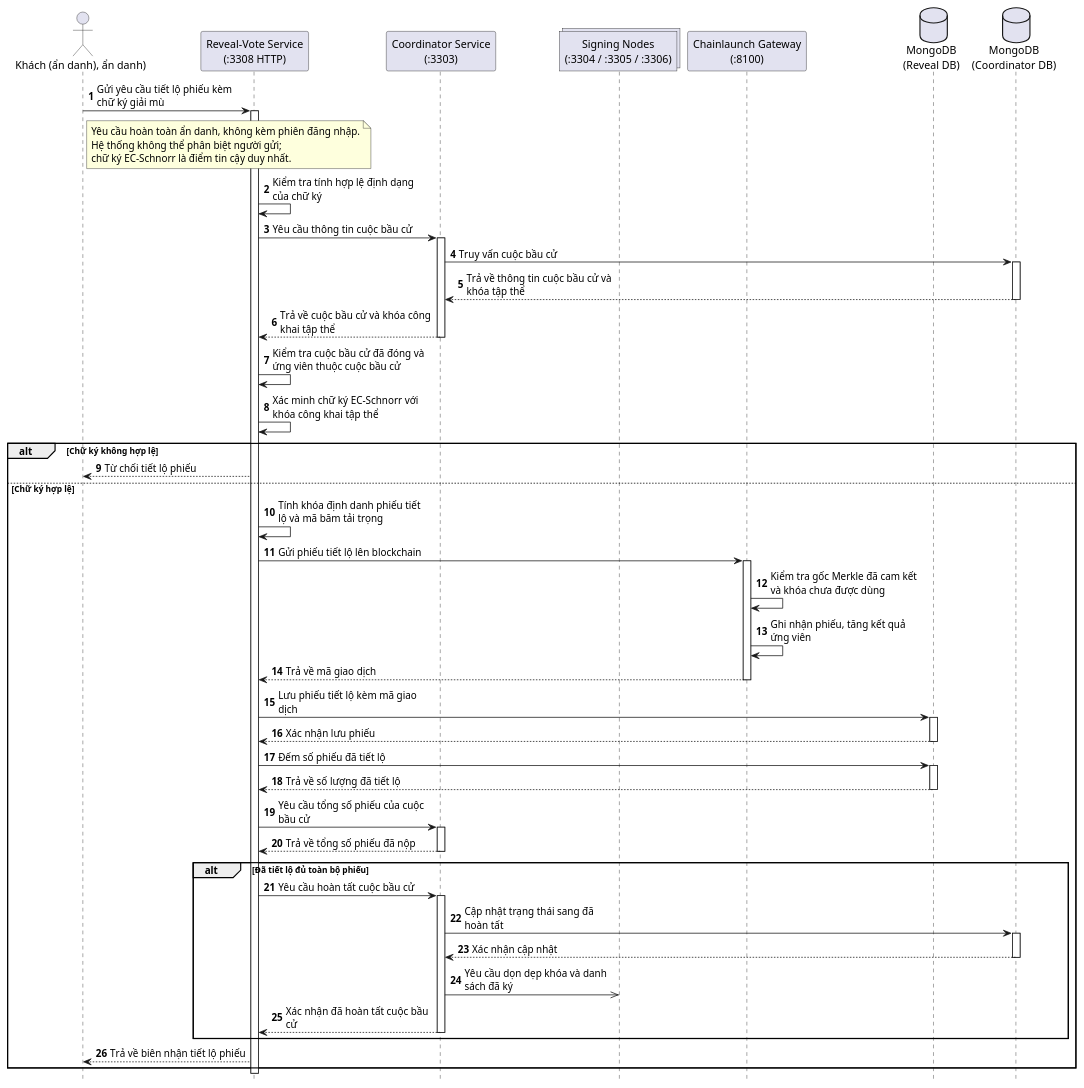
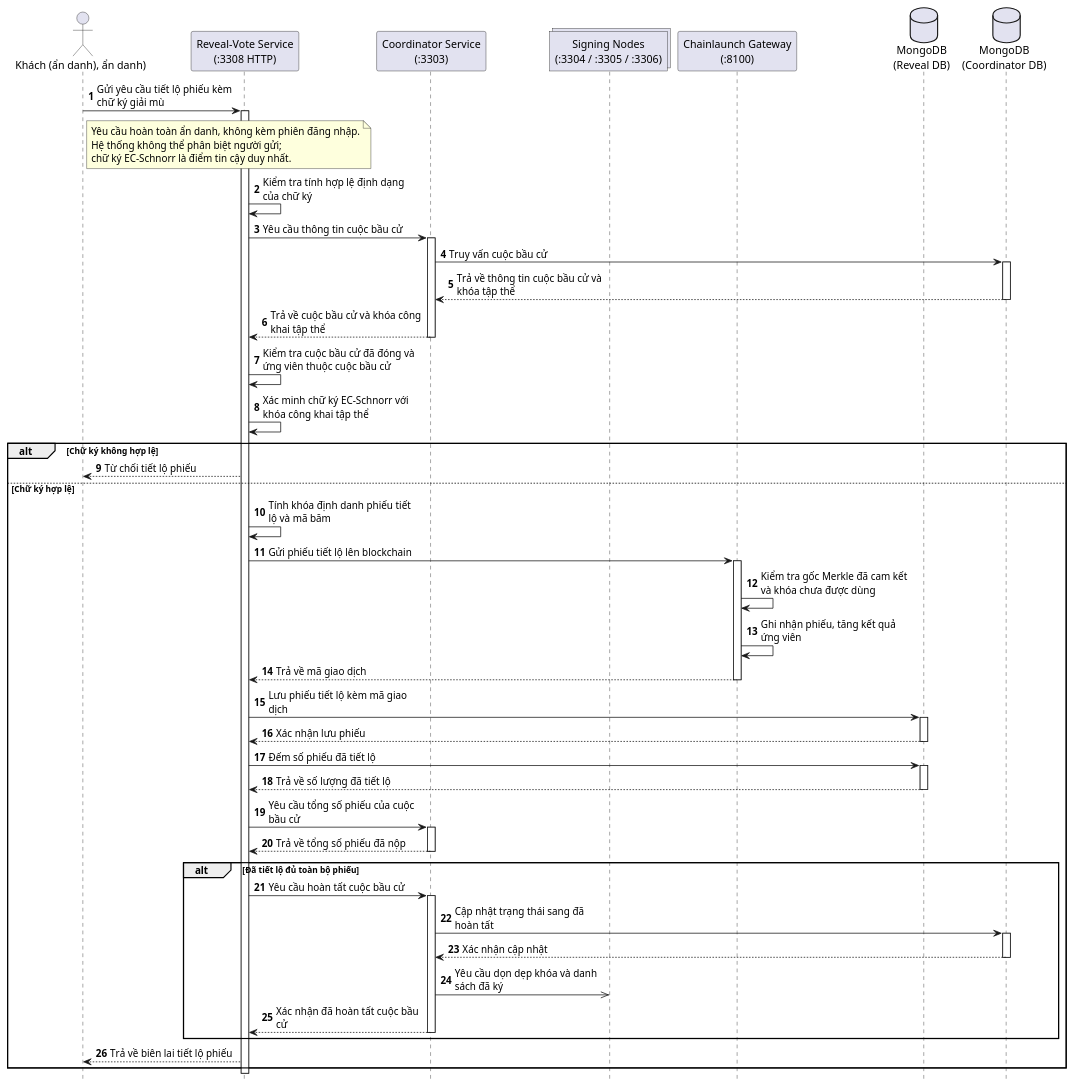
The diagram in PlantUML/Sequence/Tiet-lo-phieu.puml (Tuienn/e-voting-latex), drawn with PlantUML before and after one commit. The commit also changed 39 other files, not shown here.

```diff
--- a/PlantUML/Sequence/Tiet-lo-phieu.puml
+++ b/PlantUML/Sequence/Tiet-lo-phieu.puml
@@ -1,82 +1,82 @@
 @startuml TietLoPhieu
 hide footbox
 autonumber
 skinparam maxMessageSize 200
 
 actor "Khách (ẩn danh), ẩn danh)" as Voter
 participant "Reveal-Vote Service\n(:3308 HTTP)" as Reveal
 participant "Coordinator Service\n(:3303)" as Coordinator
 collections "Signing Nodes\n(:3304 / :3305 / :3306)" as Nodes
 participant "Chainlaunch Gateway\n(:8100)" as Fabric
 database "MongoDB\n(Reveal DB)" as ReDB
 database "MongoDB\n(Coordinator DB)" as CoDB
 
 Voter -> Reveal: Gửi yêu cầu tiết lộ phiếu kèm chữ ký giải mù
 activate Reveal
 
 note right of Voter
   Yêu cầu hoàn toàn ẩn danh, không kèm phiên đăng nhập.
   Hệ thống không thể phân biệt người gửi;
   chữ ký EC-Schnorr là điểm tin cậy duy nhất.
 end note
 
 Reveal -> Reveal: Kiểm tra tính hợp lệ định dạng của chữ ký
 
 Reveal -> Coordinator: Yêu cầu thông tin cuộc bầu cử
 activate Coordinator
 Coordinator -> CoDB: Truy vấn cuộc bầu cử
 activate CoDB
 CoDB --> Coordinator: Trả về thông tin cuộc bầu cử và khóa tập thể
 deactivate CoDB
 Coordinator --> Reveal: Trả về cuộc bầu cử và khóa công khai tập thể
 deactivate Coordinator
 
 Reveal -> Reveal: Kiểm tra cuộc bầu cử đã đóng và ứng viên thuộc cuộc bầu cử
 
 Reveal -> Reveal: Xác minh chữ ký EC-Schnorr với khóa công khai tập thể
 
 alt Chữ ký không hợp lệ
   Reveal --> Voter: Từ chối tiết lộ phiếu
 else Chữ ký hợp lệ
-  Reveal -> Reveal: Tính khóa định danh phiếu tiết lộ và mã băm tải trọng
+  Reveal -> Reveal: Tính khóa định danh phiếu tiết lộ và mã băm
 
   Reveal -> Fabric: Gửi phiếu tiết lộ lên blockchain
   activate Fabric
   Fabric -> Fabric: Kiểm tra gốc Merkle đã cam kết và khóa chưa được dùng
   Fabric -> Fabric: Ghi nhận phiếu, tăng kết quả ứng viên
   Fabric --> Reveal: Trả về mã giao dịch
   deactivate Fabric
 
   Reveal -> ReDB: Lưu phiếu tiết lộ kèm mã giao dịch
   activate ReDB
   ReDB --> Reveal: Xác nhận lưu phiếu
   deactivate ReDB
 
   Reveal -> ReDB: Đếm số phiếu đã tiết lộ
   activate ReDB
   ReDB --> Reveal: Trả về số lượng đã tiết lộ
   deactivate ReDB
 
   Reveal -> Coordinator: Yêu cầu tổng số phiếu của cuộc bầu cử
   activate Coordinator
   Coordinator --> Reveal: Trả về tổng số phiếu đã nộp
   deactivate Coordinator
 
   alt Đã tiết lộ đủ toàn bộ phiếu
     Reveal -> Coordinator: Yêu cầu hoàn tất cuộc bầu cử
     activate Coordinator
     Coordinator -> CoDB: Cập nhật trạng thái sang đã hoàn tất
     activate CoDB
     CoDB --> Coordinator: Xác nhận cập nhật
     deactivate CoDB
 
     Coordinator ->> Nodes: Yêu cầu dọn dẹp khóa và danh sách đã ký
     Coordinator --> Reveal: Xác nhận đã hoàn tất cuộc bầu cử
     deactivate Coordinator
   end
 
-  Reveal --> Voter: Trả về biên nhận tiết lộ phiếu
+  Reveal --> Voter: Trả về biên lai tiết lộ phiếu
 end
 
 deactivate Reveal
 @enduml
```
